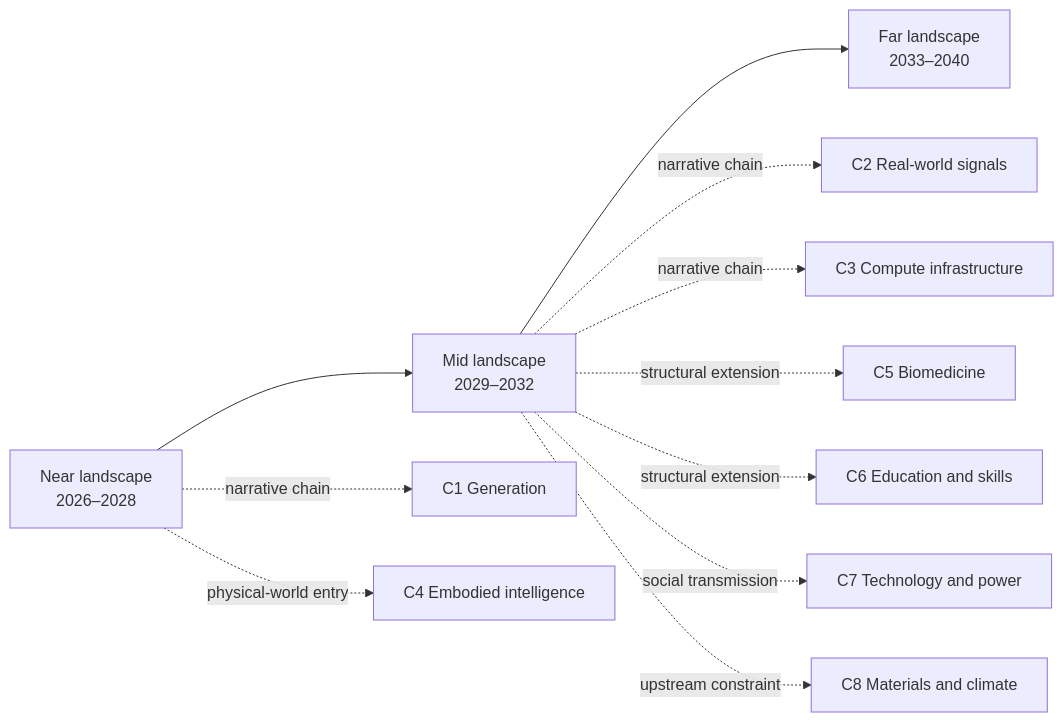
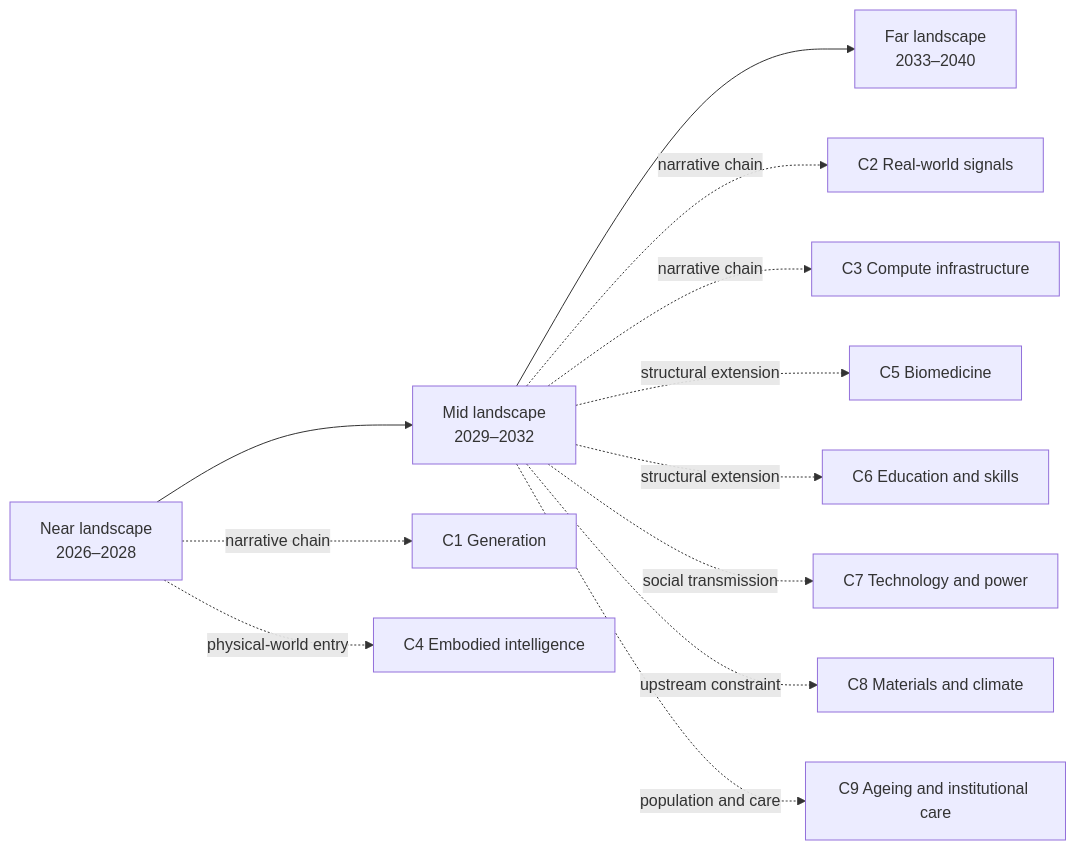
The diagram in README.en.md (SenZhangAI/foresight-by-ai), drawn with Mermaid before and after one commit. The commit also changed other lines of this file and 7 other files, not shown here.

First line of the commit message:
docs(care): add ageing and institutional-care reasoning chain

````diff
--- a/README.en.md
+++ b/README.en.md
@@ -63,13 +64,14 @@
 ```mermaid
 flowchart LR
   N[Near landscape\n2026–2028] --> M[Mid landscape\n2029–2032]
   M --> F[Far landscape\n2033–2040]
   N -.narrative chain.-> C1[C1 Generation]
   M -.narrative chain.-> C2[C2 Real-world signals]
   M -.narrative chain.-> C3[C3 Compute infrastructure]
   N -.physical-world entry.-> C4[C4 Embodied intelligence]
   M -.structural extension.-> C5[C5 Biomedicine]
   M -.structural extension.-> C6[C6 Education and skills]
   M -.social transmission.-> C7[C7 Technology and power]
   M -.upstream constraint.-> C8[C8 Materials and climate]
+  M -.population and care.-> C9[C9 Ageing and institutional care]
 ```
````
